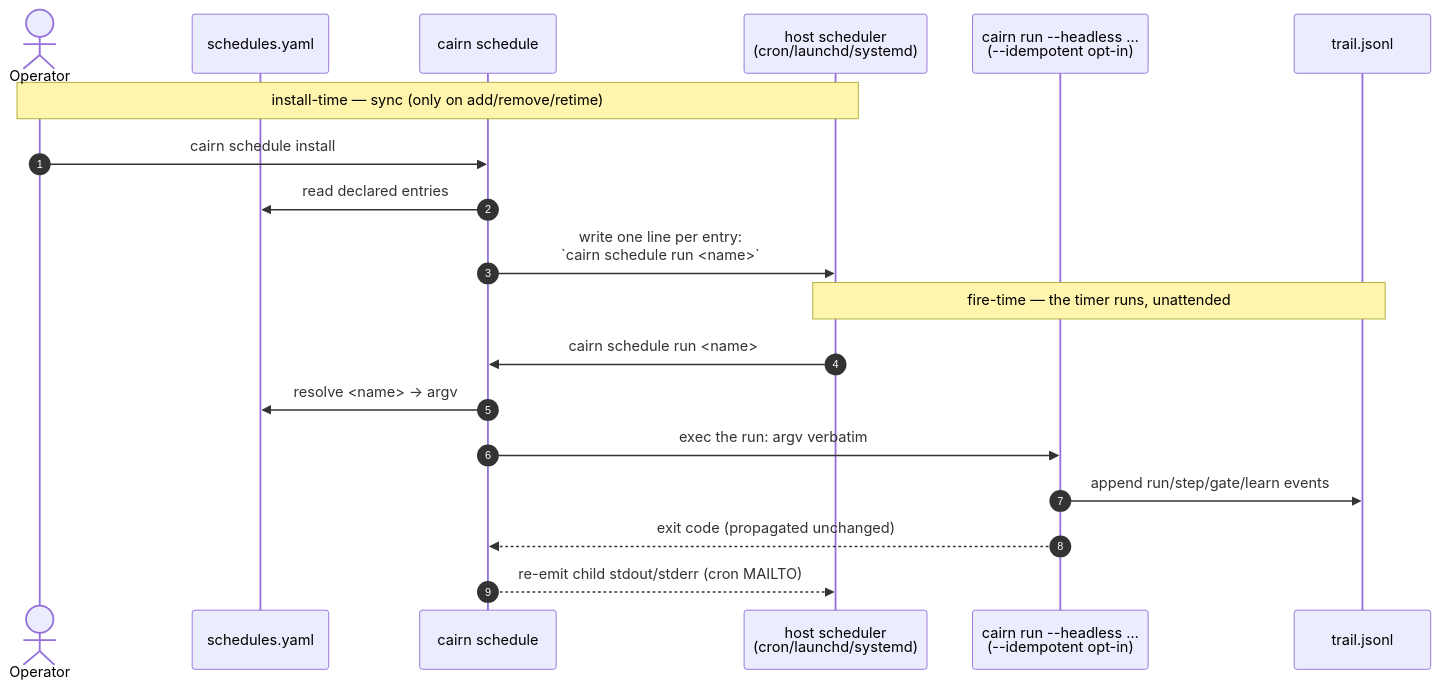
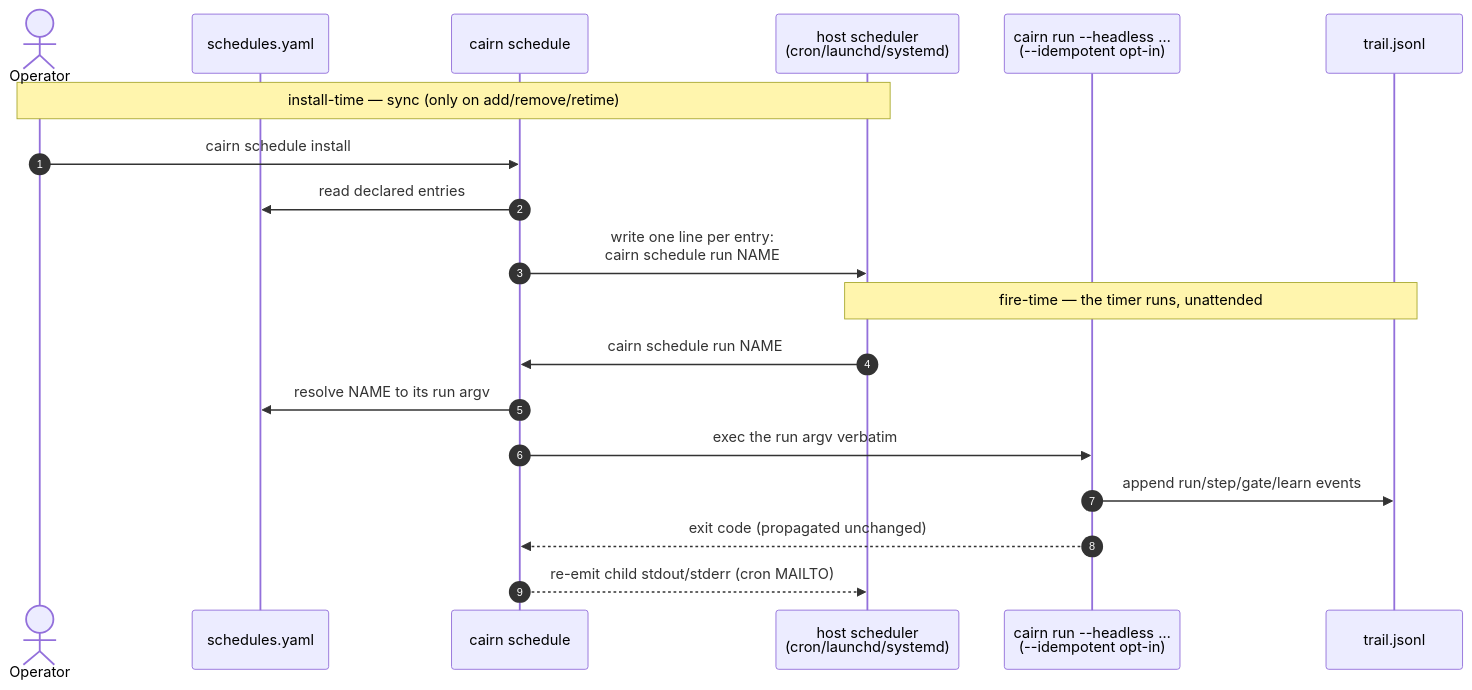
One commit to gabros20/cairn changed the diagram in docs/SCHEDULING.md. Above: the diagram before and after it, drawn with Mermaid.

Commit message:
docs(scheduling): harden the sequence mermaid — drop angle-bracket <name> and arrow labels
The mermaid HTML sanitizer can silently drop <name> (unknown tag) and mangle a raw
-> in a message label; use plain NAME and prose so the diagram renders across
GitHub/mkdocs. Matches the parser-safety convention the observability diagram uses.

Claude-Session: https://claude.ai/code/session_01GjvR6h5XdBXHGQdd4m6ZEu

````diff
--- a/docs/SCHEDULING.md
+++ b/docs/SCHEDULING.md
@@ -67,23 +67,23 @@
 ```mermaid
 sequenceDiagram
     autonumber
     actor Op as Operator
     participant Y as schedules.yaml
     participant CLI as cairn schedule
     participant Host as host scheduler<br/>(cron/launchd/systemd)
     participant Run as cairn run --headless …<br/>(--idempotent opt-in)
     participant Trail as trail.jsonl
 
     Note over Op,Host: install-time — sync (only on add/remove/retime)
     Op->>CLI: cairn schedule install
     CLI->>Y: read declared entries
-    CLI->>Host: write one line per entry:<br/>`cairn schedule run <name>`
+    CLI->>Host: write one line per entry:<br/>cairn schedule run NAME
 
     Note over Host,Trail: fire-time — the timer runs, unattended
-    Host->>CLI: cairn schedule run <name>
-    CLI->>Y: resolve <name> → argv
-    CLI->>Run: exec the run: argv verbatim
+    Host->>CLI: cairn schedule run NAME
+    CLI->>Y: resolve NAME to its run argv
+    CLI->>Run: exec the run argv verbatim
     Run->>Trail: append run/step/gate/learn events
     Run-->>CLI: exit code (propagated unchanged)
     CLI-->>Host: re-emit child stdout/stderr (cron MAILTO)
 ```
````
